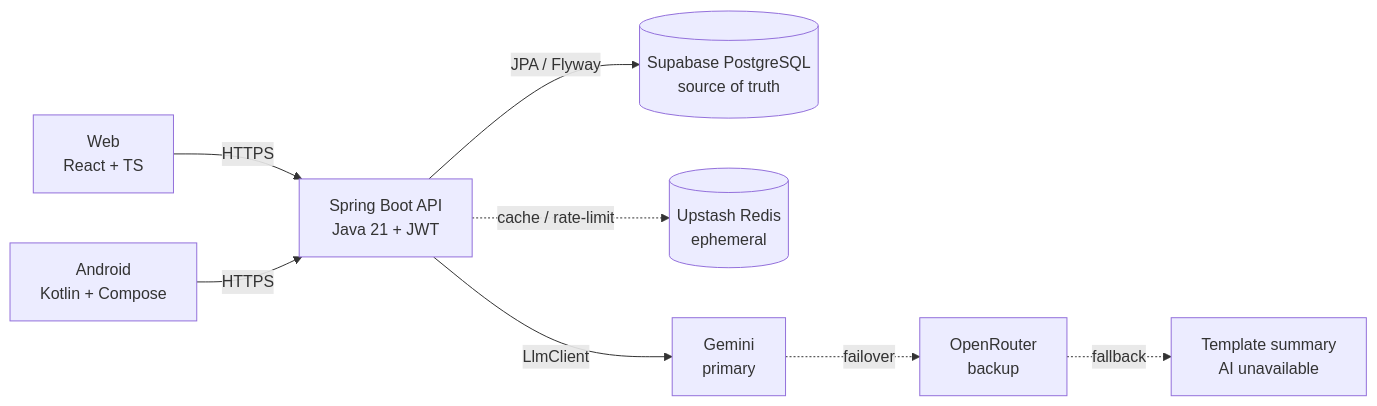
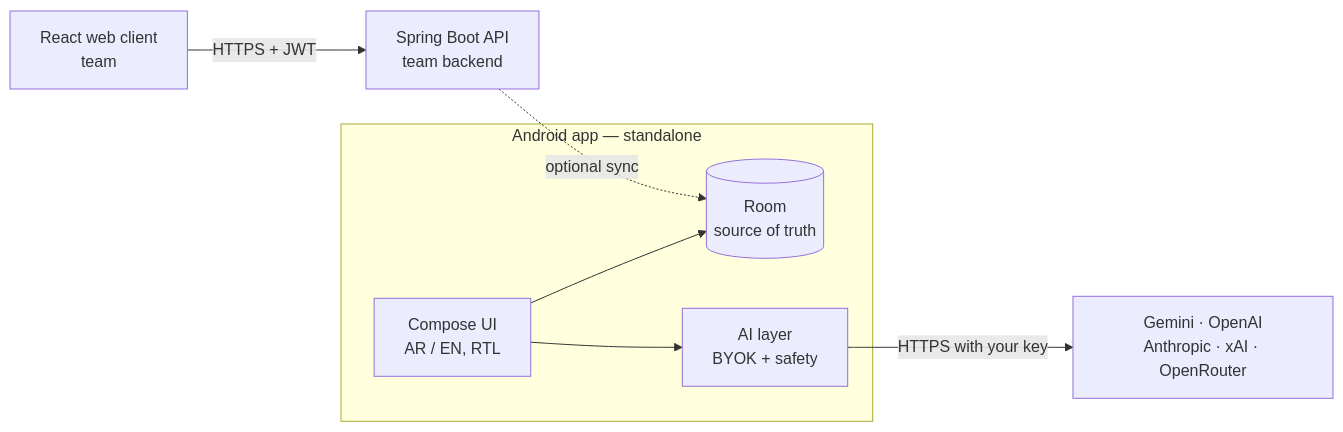
One commit to alaa157/caregiver-daily-notes changed the diagram in README.md. Above: the diagram before and after it, drawn with Mermaid. The commit also changed other lines of this file and 25 other files, not shown here.

````diff
--- a/README.md
+++ b/README.md
@@ -18,10 +59,17 @@
 ```mermaid
 flowchart LR
-  Web["Web<br/>React + TS"] -->|HTTPS| API["Spring Boot API<br/>Java 21 + JWT"]
-  Android["Android<br/>Kotlin + Compose"] -->|HTTPS| API
-  API -->|JPA / Flyway| DB[("Supabase PostgreSQL<br/>source of truth")]
-  API -.->|cache / rate-limit| Redis[("Upstash Redis<br/>ephemeral")]
-  API -->|LlmClient| Gemini["Gemini<br/>primary"]
-  Gemini -.->|failover| OpenRouter["OpenRouter<br/>backup"]
-  OpenRouter -.->|fallback| Template["Template summary<br/>AI unavailable"]
+  subgraph App["Android app — standalone"]
+    UI["Compose UI<br/>AR / EN, RTL"]
+    Store[("Room<br/>source of truth")]
+    Layer["AI layer<br/>BYOK + safety"]
+  end
+  Provider["Gemini · OpenAI<br/>Anthropic · xAI · OpenRouter"]
+  API["Spring Boot API<br/>team backend"]
+  Web["React web client<br/>team"]
+
+  UI --> Store
+  UI --> Layer
+  Layer -->|"HTTPS with your key"| Provider
+  API -.->|"optional sync"| Store
+  Web -->|"HTTPS + JWT"| API
 ```
````
